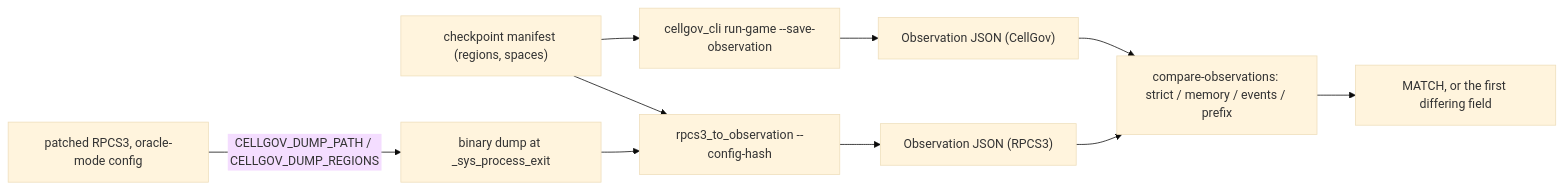
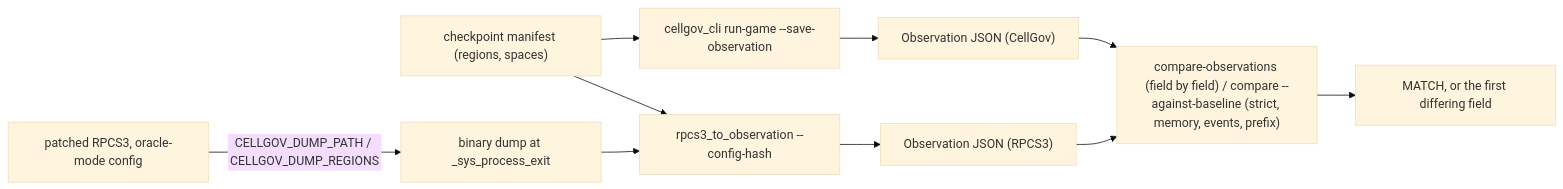
Before and after one commit to RoyalAce22/CellGov: the first of 2 diagrams in docs/architecture/comparison.md, drawn with Mermaid (base theme). The commit also changed other lines of this file and 10 other files, not shown here.

````diff
--- a/docs/architecture/comparison.md
+++ b/docs/architecture/comparison.md
@@ -23,12 +28,12 @@
 ```mermaid
 flowchart LR
   man["checkpoint manifest (regions, spaces)"] --> cg
   man --> br
   cg["cellgov_cli run-game --save-observation"] --> oc["Observation JSON (CellGov)"]
   r3["patched RPCS3, oracle-mode config"] -->|"CELLGOV_DUMP_PATH / CELLGOV_DUMP_REGIONS"| dump["binary dump at _sys_process_exit"]
   dump --> br["rpcs3_to_observation --config-hash"]
   br --> orr["Observation JSON (RPCS3)"]
-  oc --> cmp["compare-observations: strict / memory / events / prefix"]
+  oc --> cmp["compare-observations (field by field) / compare --against-baseline (strict, memory, events, prefix)"]
   orr --> cmp
   cmp --> out["MATCH, or the first differing field"]
 ```
````
